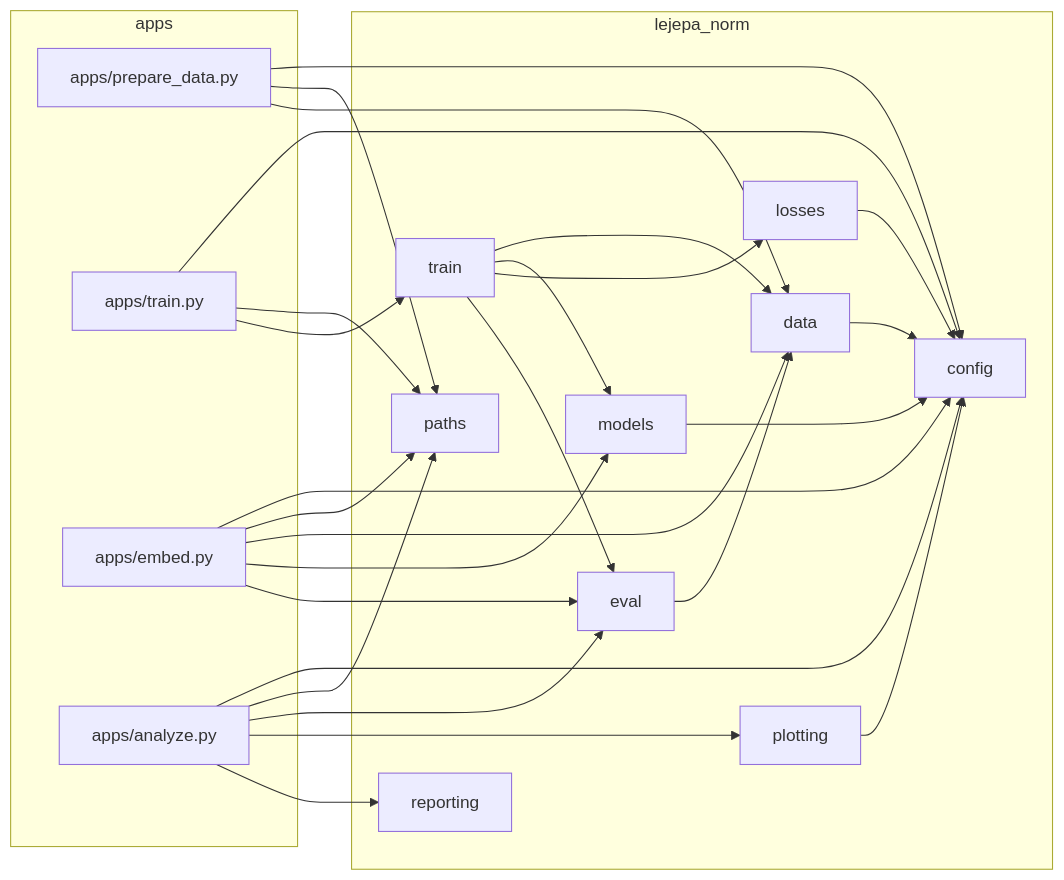
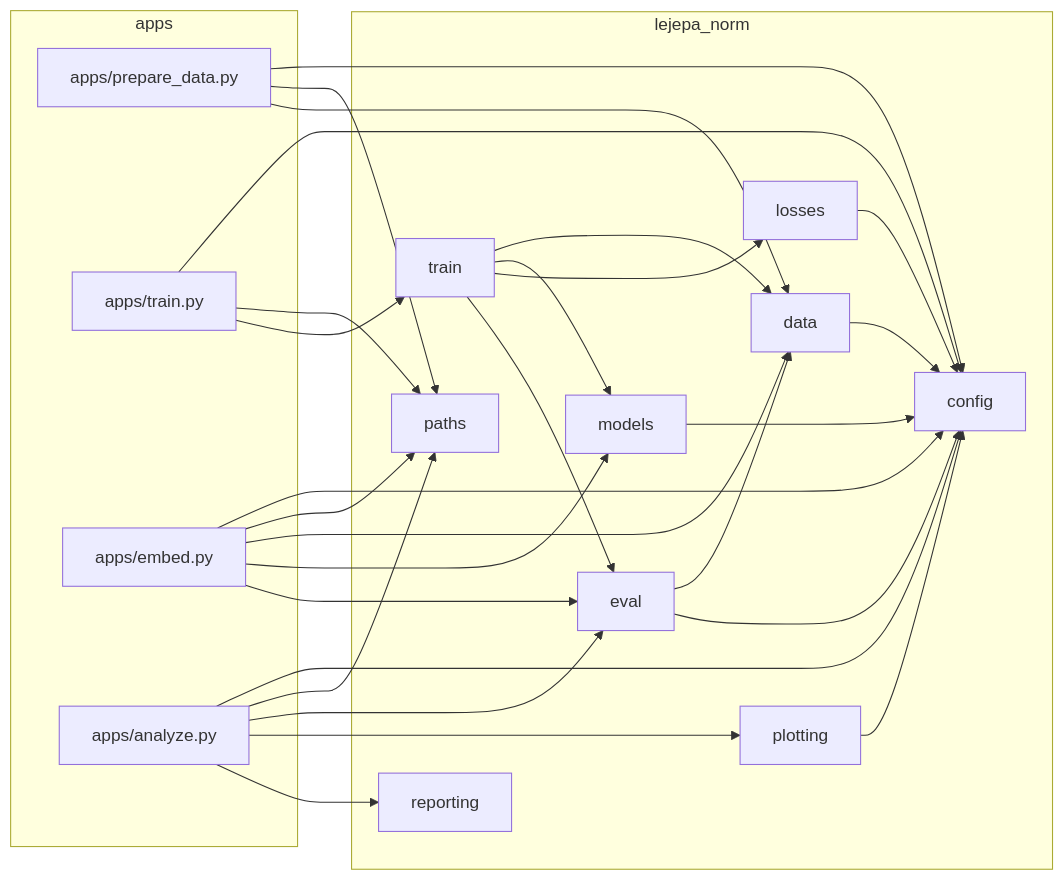
One commit to Dant86/lejepa_norm changed the first of 2 diagrams in docs/architecture.md. Above: the diagram before and after it, drawn with Mermaid. The commit also changed 17 other files, not shown here.

````diff
--- a/docs/architecture.md
+++ b/docs/architecture.md
@@ -10,45 +10,46 @@
 ```mermaid
 graph LR
     subgraph apps
         PD["apps/prepare_data.py"]
         TR["apps/train.py"]
         EM["apps/embed.py"]
         AN["apps/analyze.py"]
     end
     subgraph lejepa_norm
         CFG["config"]
         PTH["paths"]
         DATA["data"]
         MOD["models"]
         LOSS["losses"]
         TRAIN["train"]
         EVAL["eval"]
         PLOT["plotting"]
         REP["reporting"]
     end
     PD --> CFG
     PD --> PTH
     PD --> DATA
     TR --> CFG
     TR --> PTH
     TR --> TRAIN
     EM --> CFG
     EM --> PTH
     EM --> DATA
     EM --> MOD
     EM --> EVAL
     AN --> CFG
     AN --> PTH
     AN --> EVAL
     AN --> PLOT
     AN --> REP
     TRAIN --> DATA
     TRAIN --> MOD
     TRAIN --> LOSS
     TRAIN --> EVAL
     EVAL --> DATA
+    EVAL --> CFG
     DATA --> CFG
     MOD --> CFG
     LOSS --> CFG
     PLOT --> CFG
 ```
````
